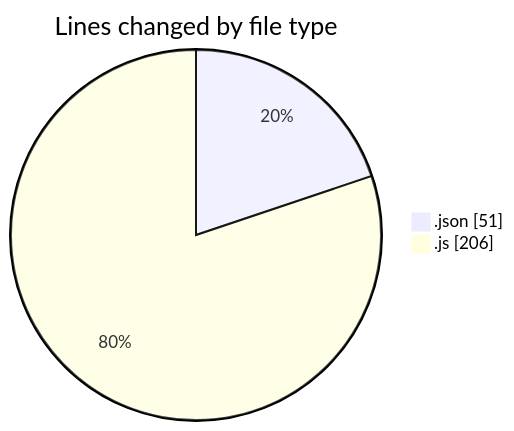
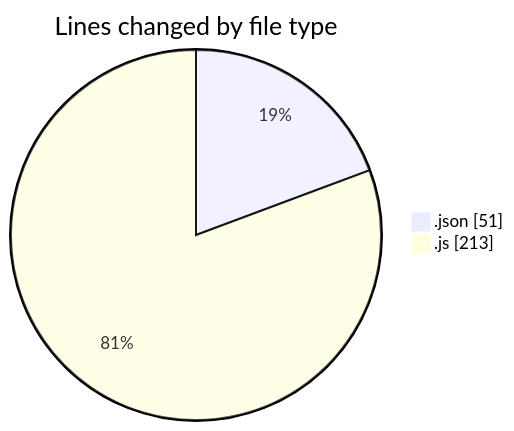
The first of 2 diagrams in 2025-10-08/cda/README.md (momahboobian/code-tracking), drawn with Mermaid before and after one commit. The commit also changed other lines of this file and 1 other file, not shown here.

````diff
--- a/2025-10-08/cda/README.md
+++ b/2025-10-08/cda/README.md
@@ -21,6 +22,6 @@
 ```mermaid
 pie showData
 title Lines changed by file type
 ".json" : 51
-".js" : 206
+".js" : 213
 ```
````
